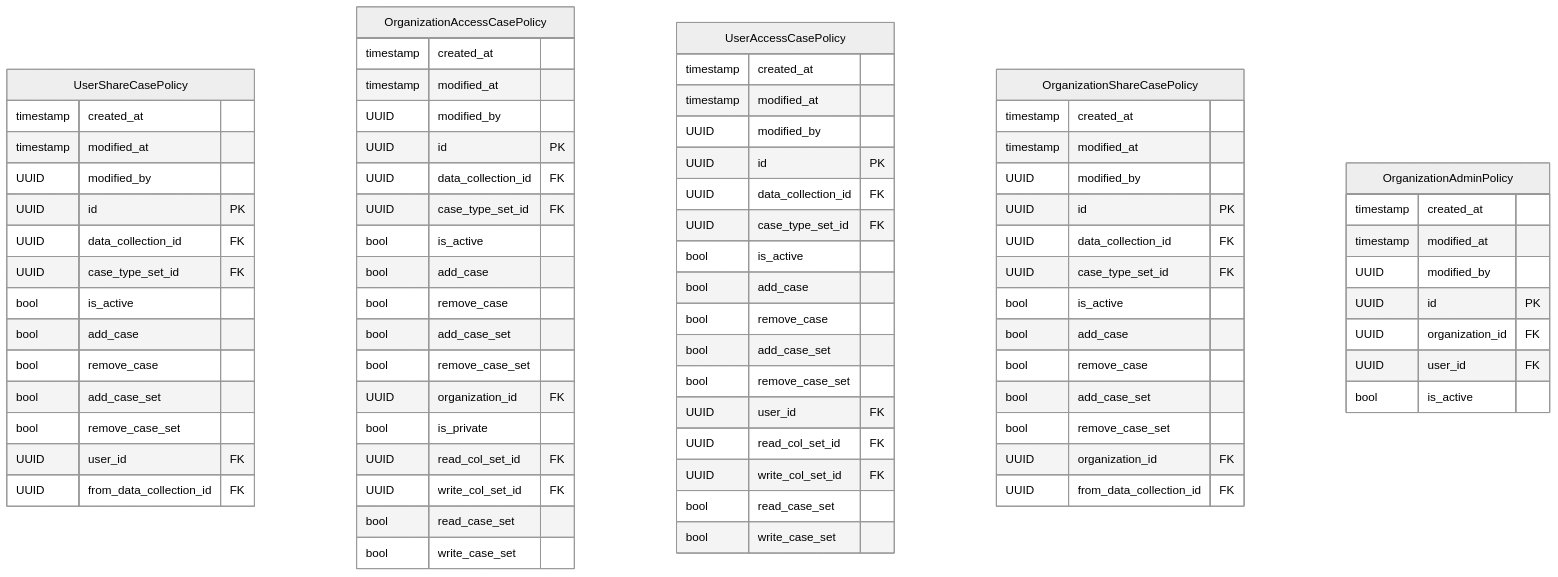
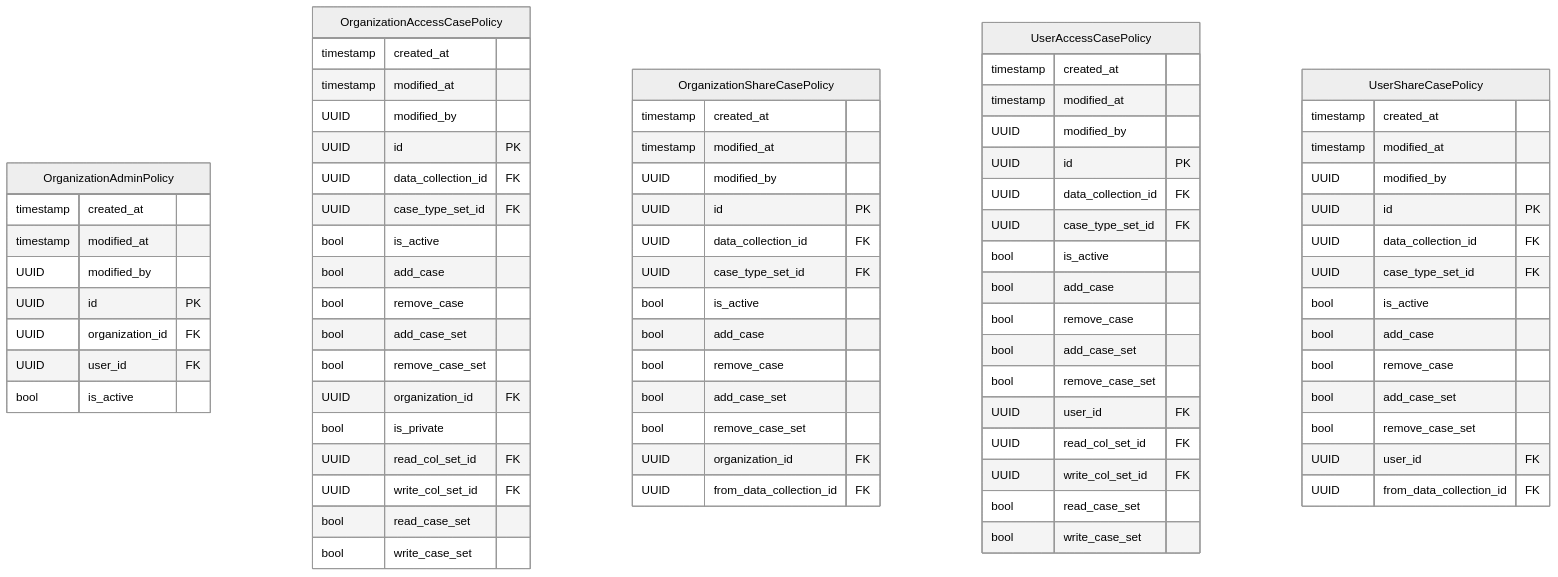
Before and after one commit to RIVM-bioinformatics/gen-epix-api: the diagram in docs/erm/casedb.abac.detailed.md, drawn with Mermaid (neutral theme). The commit also changed other lines of this file and 53 other files, not shown here.

Commit message:
feat: fastapp Domain.get_dag_sorted_services and Entity.topological_sort added fix: fastapp Domain.get_dag_sorted_entities/models fixed refactor: generation of mermaid ERM diagrams done in reproducible DAG order rather than random order

````diff
--- a/docs/erm/casedb.abac.detailed.md
+++ b/docs/erm/casedb.abac.detailed.md
@@ -7,20 +7,14 @@
     %% casedb / ABAC (detailed)
 
     %% Entity definitions
-    UserShareCasePolicy {
+    OrganizationAdminPolicy {
         timestamp created_at
         timestamp modified_at
         UUID modified_by
         UUID id PK
-        UUID data_collection_id FK
-        UUID case_type_set_id FK
+        UUID organization_id FK
+        UUID user_id FK
         bool is_active
-        bool add_case
-        bool remove_case
-        bool add_case_set
-        bool remove_case_set
-        UUID user_id FK
-        UUID from_data_collection_id FK
     }
 
     OrganizationAccessCasePolicy {
@@ -43,6 +37,22 @@
         bool write_case_set
     }
 
+    OrganizationShareCasePolicy {
+        timestamp created_at
+        timestamp modified_at
+        UUID modified_by
+        UUID id PK
+        UUID data_collection_id FK
+        UUID case_type_set_id FK
+        bool is_active
+        bool add_case
+        bool remove_case
+        bool add_case_set
+        bool remove_case_set
+        UUID organization_id FK
+        UUID from_data_collection_id FK
+    }
+
     UserAccessCasePolicy {
         timestamp created_at
         timestamp modified_at
@@ -62,7 +72,7 @@
         bool write_case_set
     }
 
-    OrganizationShareCasePolicy {
+    UserShareCasePolicy {
         timestamp created_at
         timestamp modified_at
         UUID modified_by
@@ -74,18 +84,8 @@
         bool remove_case
         bool add_case_set
         bool remove_case_set
-        UUID organization_id FK
+        UUID user_id FK
         UUID from_data_collection_id FK
     }
 
-    OrganizationAdminPolicy {
-        timestamp created_at
-        timestamp modified_at
-        UUID modified_by
-        UUID id PK
-        UUID organization_id FK
-        UUID user_id FK
-        bool is_active
-    }
-
 ```
````
